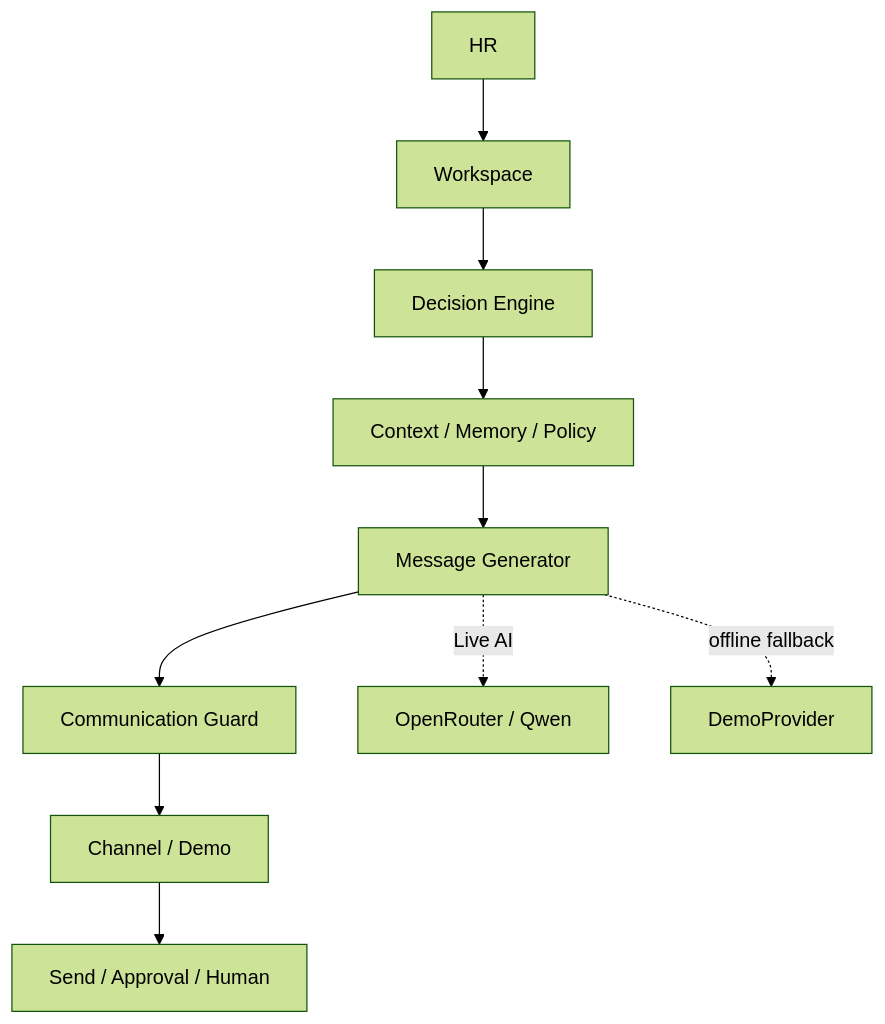
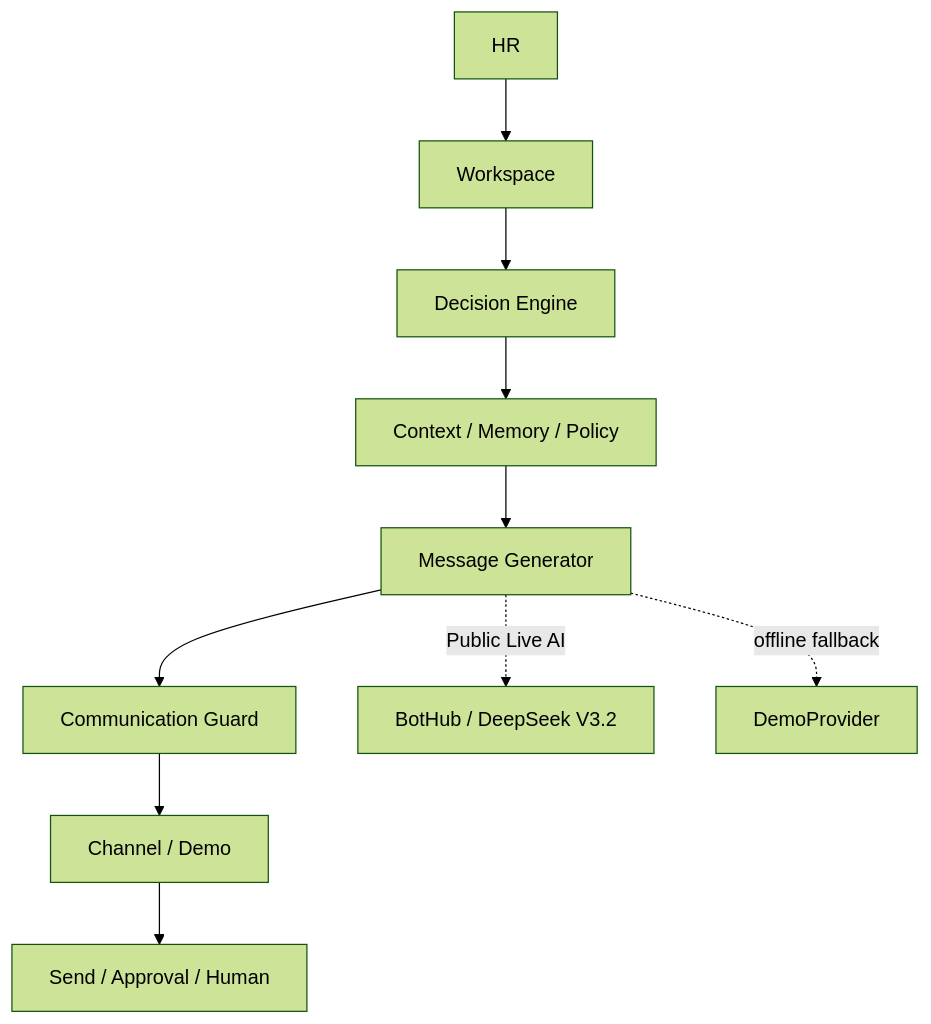
One commit to SpNkd/hyumanli-hr-assistant changed the first of 2 diagrams in docs/ARCHITECTURE.md. Above: the diagram before and after it, drawn with Mermaid (forest theme). The commit also changed other lines of this file and 14 other files, not shown here.

````diff
--- a/docs/ARCHITECTURE.md
+++ b/docs/ARCHITECTURE.md
@@ -9,12 +9,12 @@
 ```mermaid
 flowchart TD
   HR[HR] --> Workspace[Workspace]
   Workspace --> Decision[Decision Engine]
   Decision --> Context[Context / Memory / Policy]
   Context --> Generator[Message Generator]
   Generator --> Guard[Communication Guard]
   Guard --> Channel[Channel / Demo]
   Channel --> Result[Send / Approval / Human]
-  Generator -. Live AI .-> Live[OpenRouter / Qwen]
+  Generator -. Public Live AI .-> Live[BotHub / DeepSeek V3.2]
   Generator -. offline fallback .-> Demo[DemoProvider]
 ```
````
